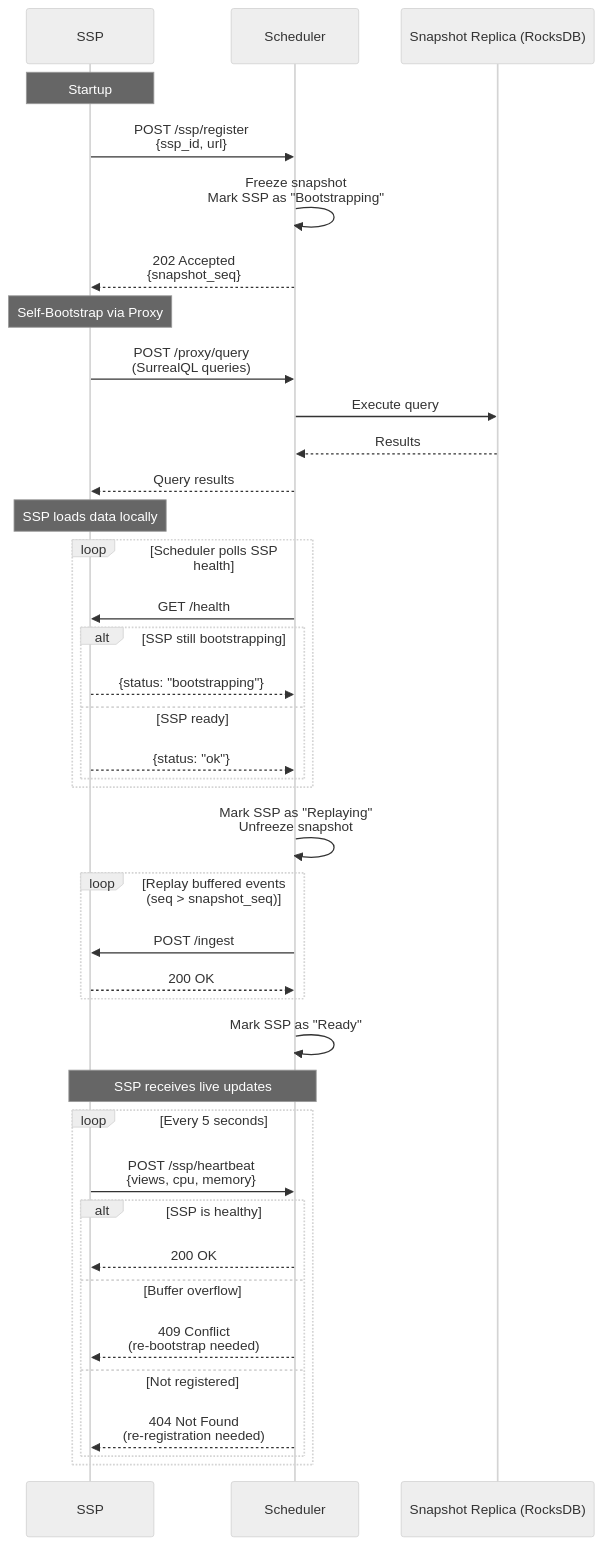
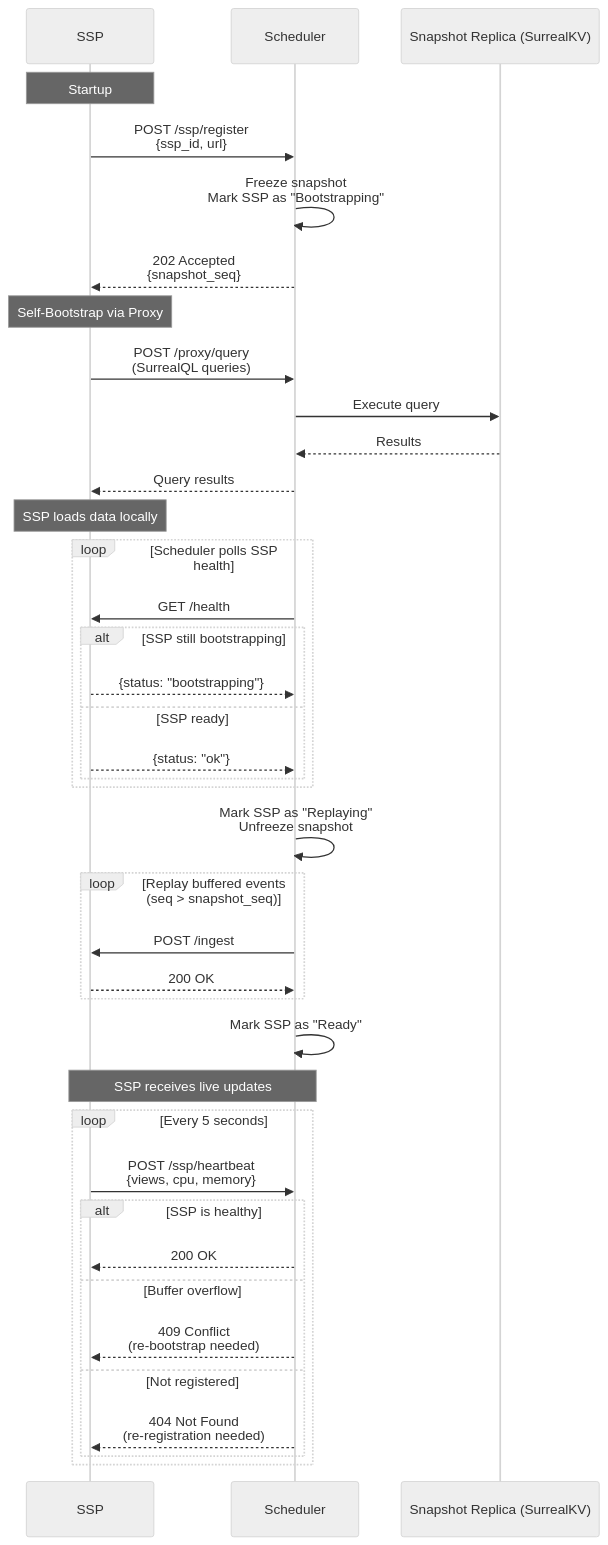
Before and after one commit to mono424/sp00ky: the third of 5 diagrams in apps/landing-page/src/pages/docs/reference/architecture.mdx, drawn with Mermaid (neutral theme). The commit also changed other lines of this file and 28 other files, not shown here.

````diff
--- a/apps/landing-page/src/pages/docs/reference/architecture.mdx
+++ b/apps/landing-page/src/pages/docs/reference/architecture.mdx
@@ -136,52 +136,52 @@
 ```mermaid
 sequenceDiagram
     participant SSP
     participant Scheduler
-    participant Replica as Snapshot Replica (RocksDB)
+    participant Replica as Snapshot Replica (SurrealKV)
 
     Note over SSP: Startup
 
     SSP->>Scheduler: POST /ssp/register<br/>{ssp_id, url}
     Scheduler->>Scheduler: Freeze snapshot<br/>Mark SSP as "Bootstrapping"
     Scheduler-->>SSP: 202 Accepted<br/>{snapshot_seq}
 
     Note over SSP: Self-Bootstrap via Proxy
 
     SSP->>Scheduler: POST /proxy/query<br/>(SurrealQL queries)
     Scheduler->>Replica: Execute query
     Replica-->>Scheduler: Results
     Scheduler-->>SSP: Query results
 
     Note over SSP: SSP loads data locally
 
     loop Scheduler polls SSP health
         Scheduler->>SSP: GET /health
         alt SSP still bootstrapping
             SSP-->>Scheduler: {status: "bootstrapping"}
         else SSP ready
             SSP-->>Scheduler: {status: "ok"}
         end
     end
 
     Scheduler->>Scheduler: Mark SSP as "Replaying"<br/>Unfreeze snapshot
 
     loop Replay buffered events (seq > snapshot_seq)
         Scheduler->>SSP: POST /ingest
         SSP-->>Scheduler: 200 OK
     end
 
     Scheduler->>Scheduler: Mark SSP as "Ready"
 
     Note over SSP,Scheduler: SSP receives live updates
 
     loop Every 5 seconds
         SSP->>Scheduler: POST /ssp/heartbeat<br/>{views, cpu, memory}
         alt SSP is healthy
             Scheduler-->>SSP: 200 OK
         else Buffer overflow
             Scheduler-->>SSP: 409 Conflict<br/>(re-bootstrap needed)
         else Not registered
             Scheduler-->>SSP: 404 Not Found<br/>(re-registration needed)
         end
     end
 ```
````
